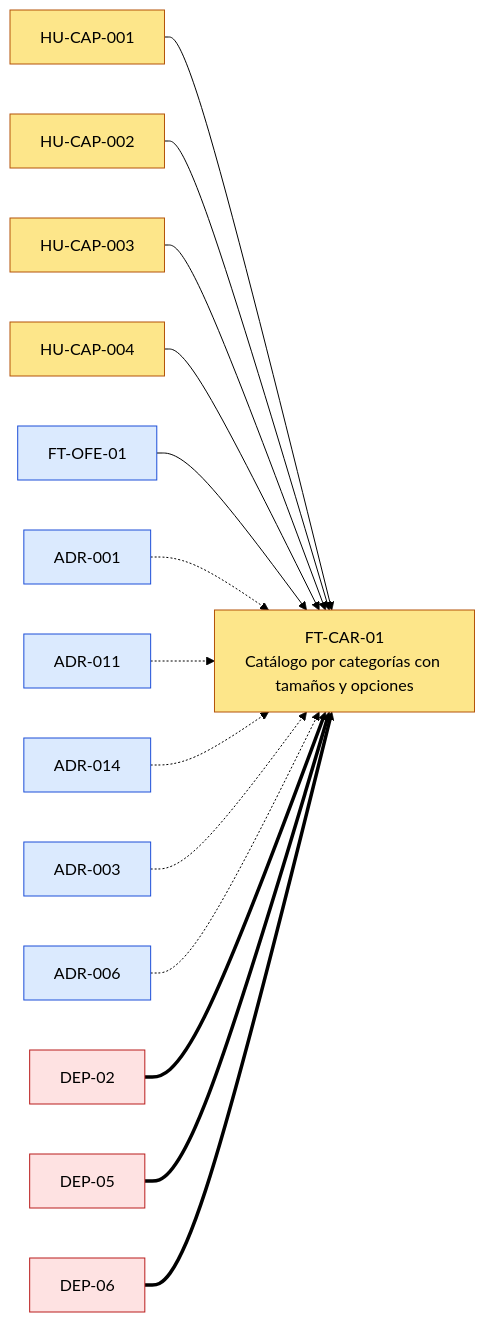
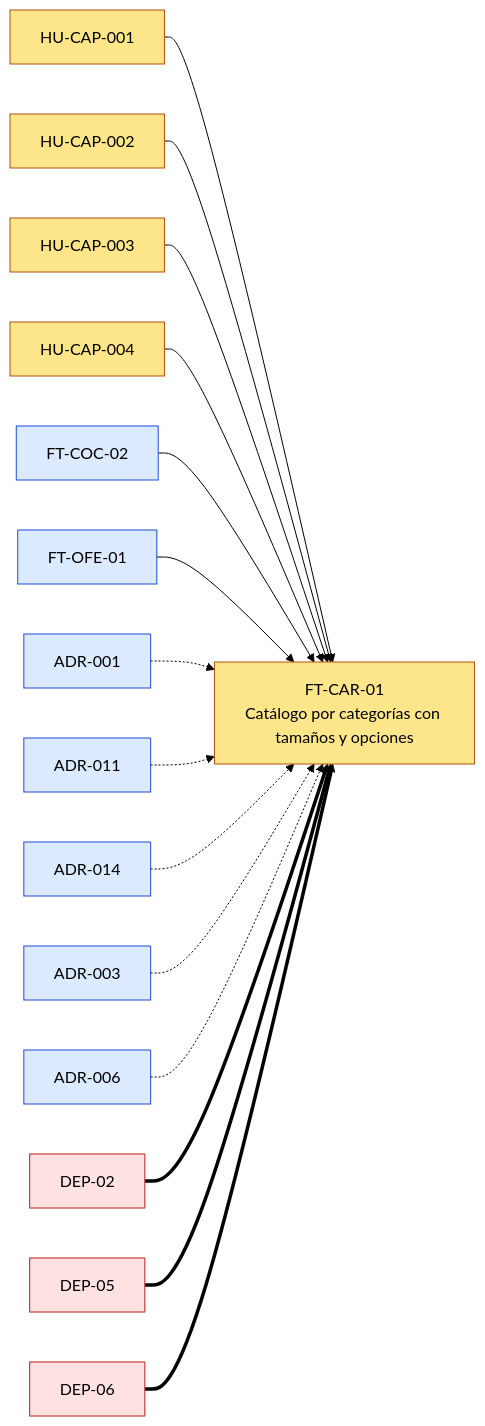
One commit to JoseEM26/caprichos changed the first of 4 diagrams in docs/dor/DOR-FT-CAR-01-catalogo-por-categorias-con-tamanos-y-opciones.md. Above: the diagram before and after it, drawn with Mermaid (forest theme). The commit also changed other lines of this file and 208 other files, not shown here.

````diff
--- a/docs/dor/DOR-FT-CAR-01-catalogo-por-categorias-con-tamanos-y-opciones.md
+++ b/docs/dor/DOR-FT-CAR-01-catalogo-por-categorias-con-tamanos-y-opciones.md
@@ -51,20 +51,21 @@
 ```mermaid
 flowchart LR
   classDef evaluado fill:#fde68a,stroke:#b45309
   classDef interna fill:#dbeafe,stroke:#1d4ed8
   classDef externa fill:#fee2e2,stroke:#b91c1c
   FT_CAR_01["FT-CAR-01<br>Catálogo por categorías con tamaños y opciones"]:::evaluado
   HU_CAP_001["HU-CAP-001"]:::evaluado --> FT_CAR_01
   HU_CAP_002["HU-CAP-002"]:::evaluado --> FT_CAR_01
   HU_CAP_003["HU-CAP-003"]:::evaluado --> FT_CAR_01
   HU_CAP_004["HU-CAP-004"]:::evaluado --> FT_CAR_01
+  FT_COC_02["FT-COC-02"]:::interna --> FT_CAR_01
   FT_OFE_01["FT-OFE-01"]:::interna --> FT_CAR_01
   ADR_001["ADR-001"]:::interna -.-> FT_CAR_01
   ADR_011["ADR-011"]:::interna -.-> FT_CAR_01
   ADR_014["ADR-014"]:::interna -.-> FT_CAR_01
   ADR_003["ADR-003"]:::interna -.-> FT_CAR_01
   ADR_006["ADR-006"]:::interna -.-> FT_CAR_01
   DEP_02["DEP-02"]:::externa ==> FT_CAR_01
   DEP_05["DEP-05"]:::externa ==> FT_CAR_01
   DEP_06["DEP-06"]:::externa ==> FT_CAR_01
 ```
````
